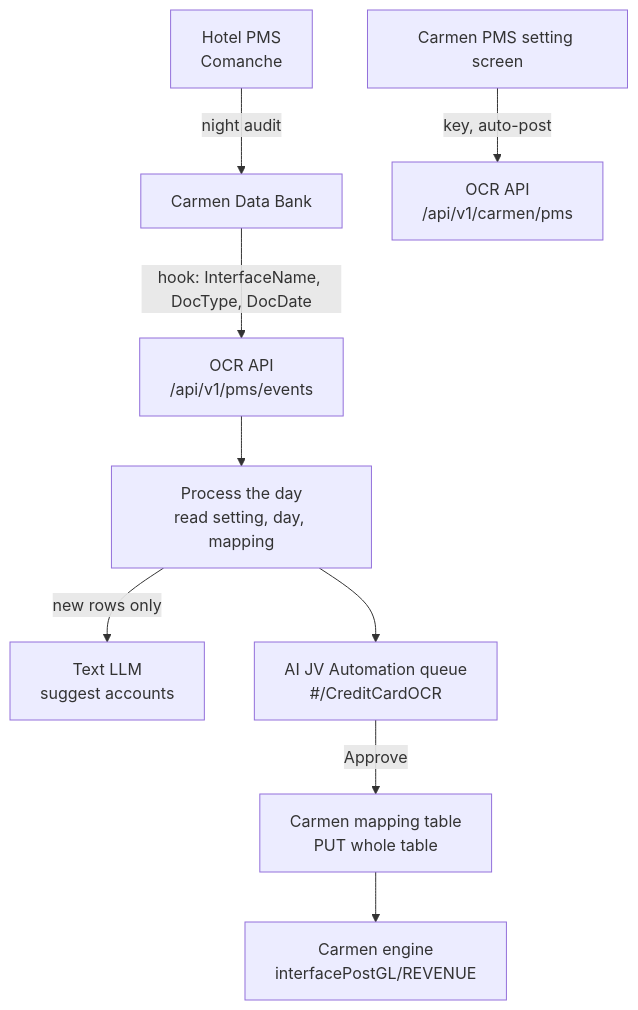
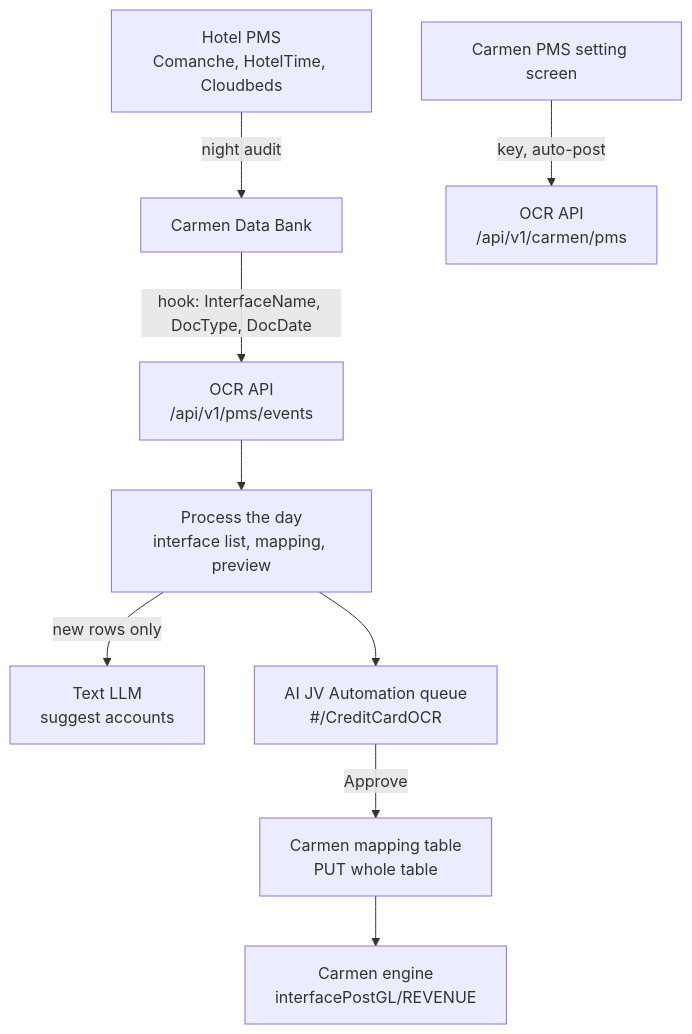
Before and after one commit to developer-carmensoftware/OCR: the first of 10 diagrams in docs/frd/FRD-11-pms-interface.md, drawn with Mermaid. The commit also changed other lines of this file and 2 other files, not shown here.

First line of the commit message:
docs(pms): FRD-11 v1.4, RS-07 v0.2, TR v0.2 follow decision-log #52–#54

````diff
--- a/docs/frd/FRD-11-pms-interface.md
+++ b/docs/frd/FRD-11-pms-interface.md
@@ -44,11 +46,11 @@
 ```mermaid 1.1 | Carmen holds the data, the rules and the mapping; we find the gaps
 flowchart TB
-    PMS[Hotel PMS<br/>Comanche] -->|night audit| DB[Carmen Data Bank]
+    PMS[Hotel PMS<br/>Comanche, HotelTime, Cloudbeds] -->|night audit| DB[Carmen Data Bank]
     DB -->|hook: InterfaceName, DocType, DocDate| API[OCR API<br/>/api/v1/pms/events]
-    API --> PROC[Process the day<br/>read setting, day, mapping]
+    API --> PROC[Process the day<br/>interface list, mapping, preview]
     PROC -->|new rows only| LLM[Text LLM<br/>suggest accounts]
     PROC --> Q[AI JV Automation queue<br/>#/CreditCardOCR]
     Q -->|Approve| MAP[Carmen mapping table<br/>PUT whole table]
     MAP --> ENG[Carmen engine<br/>interfacePostGL/REVENUE]
     SET[Carmen PMS setting screen] -->|key, auto-post| API2[OCR API<br/>/api/v1/carmen/pms]
 ```
````
